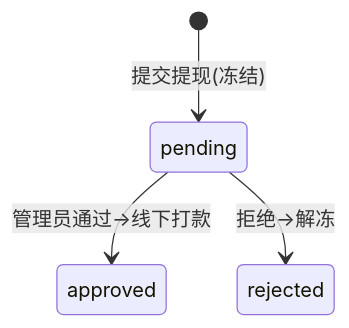
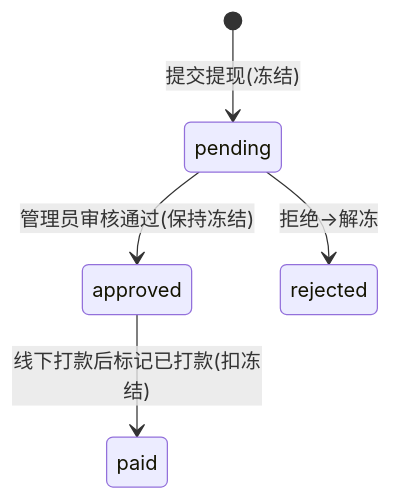
One commit to lijiawei0305-pixel/multi_newapi changed the third of 9 diagrams in doc/detailed-design.md. Above: the diagram before and after it, drawn with Mermaid. The commit also changed other lines of this file and 74 other files, not shown here.

````diff
--- a/doc/detailed-design.md
+++ b/doc/detailed-design.md
@@ -183,6 +184,7 @@
 ```mermaid
 stateDiagram-v2
   [*] --> pending: 提交提现(冻结)
-  pending --> approved: 管理员通过→线下打款
+  pending --> approved: 管理员审核通过(保持冻结)
+  approved --> paid: 线下打款后标记已打款(扣冻结)
   pending --> rejected: 拒绝→解冻
 ```
````
